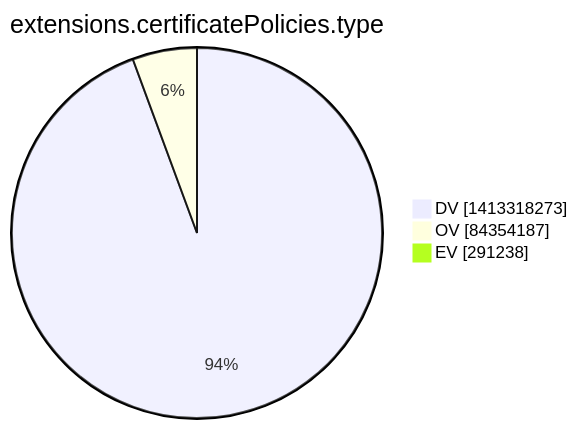
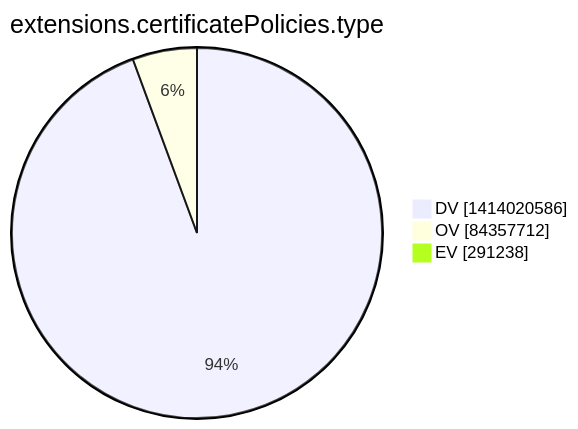
One commit to christiankrug/ctmonitor_visualization changed the tenth of 15 diagrams in argon2022/README.md. Above: the diagram before and after it, drawn with Mermaid. The commit also changed other lines of this file, not shown here.

````diff
--- a/argon2022/README.md
+++ b/argon2022/README.md
@@ -2773,7 +2773,7 @@
 ```mermaid
 pie showData
 title extensions.certificatePolicies.type
-"DV" :1413318273
-"OV" :84354187
+"DV" :1414020586
+"OV" :84357712
 "EV" :291238
 ```
````
